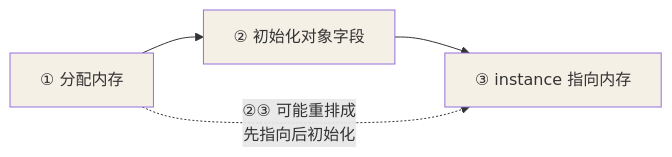
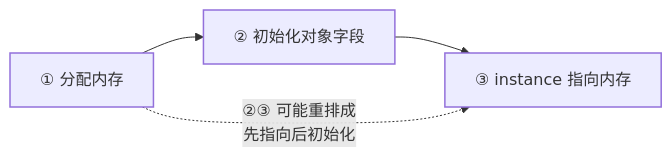
One commit to Loadhao/ascension changed the second of 2 diagrams in src/content/docs/java/intermediate/concurrent/03-volatile.md. Above: the diagram before and after it, drawn with Mermaid. The commit also changed 87 other files, not shown here.

First line of the commit message:
fix: 全站图表配色改由主题接管，修复暗色主题下浅底浅字看不清

````diff
--- a/src/content/docs/java/intermediate/concurrent/03-volatile.md
+++ b/src/content/docs/java/intermediate/concurrent/03-volatile.md
@@ -102,9 +102,10 @@
 ```mermaid
 flowchart LR
     A["① 分配内存"] --> B["② 初始化对象字段"]
     B --> C["③ instance 指向内存"]
     A -.->|"②③ 可能重排成<br/>先指向后初始化"| C
-    style A fill:#f5f0e6
-    style B fill:#f5f0e6
-    style C fill:#f5f0e6
+    class A hl
+    class B hl
+    class C hl
+    classDef hl stroke-width:1.5px
 ```
````
